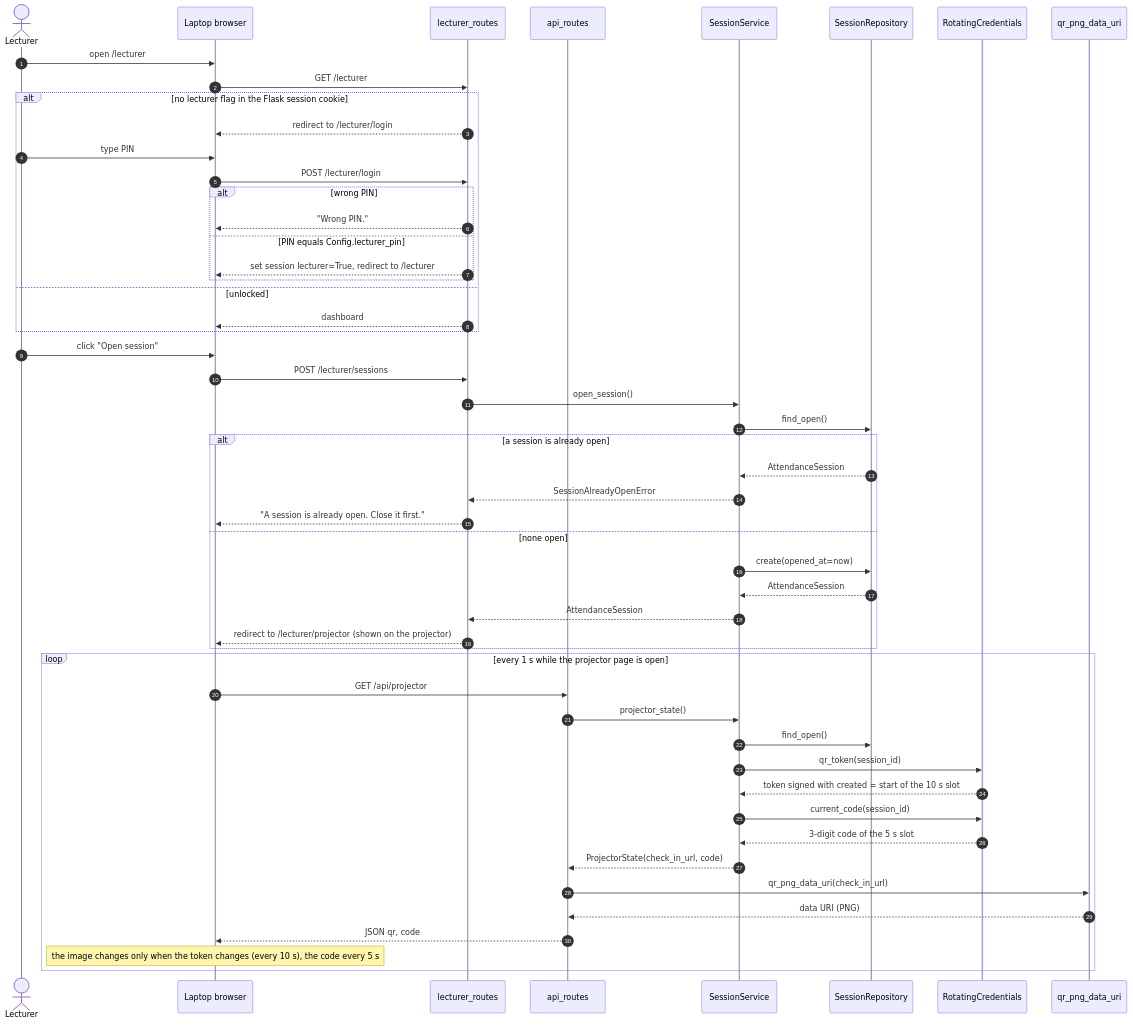
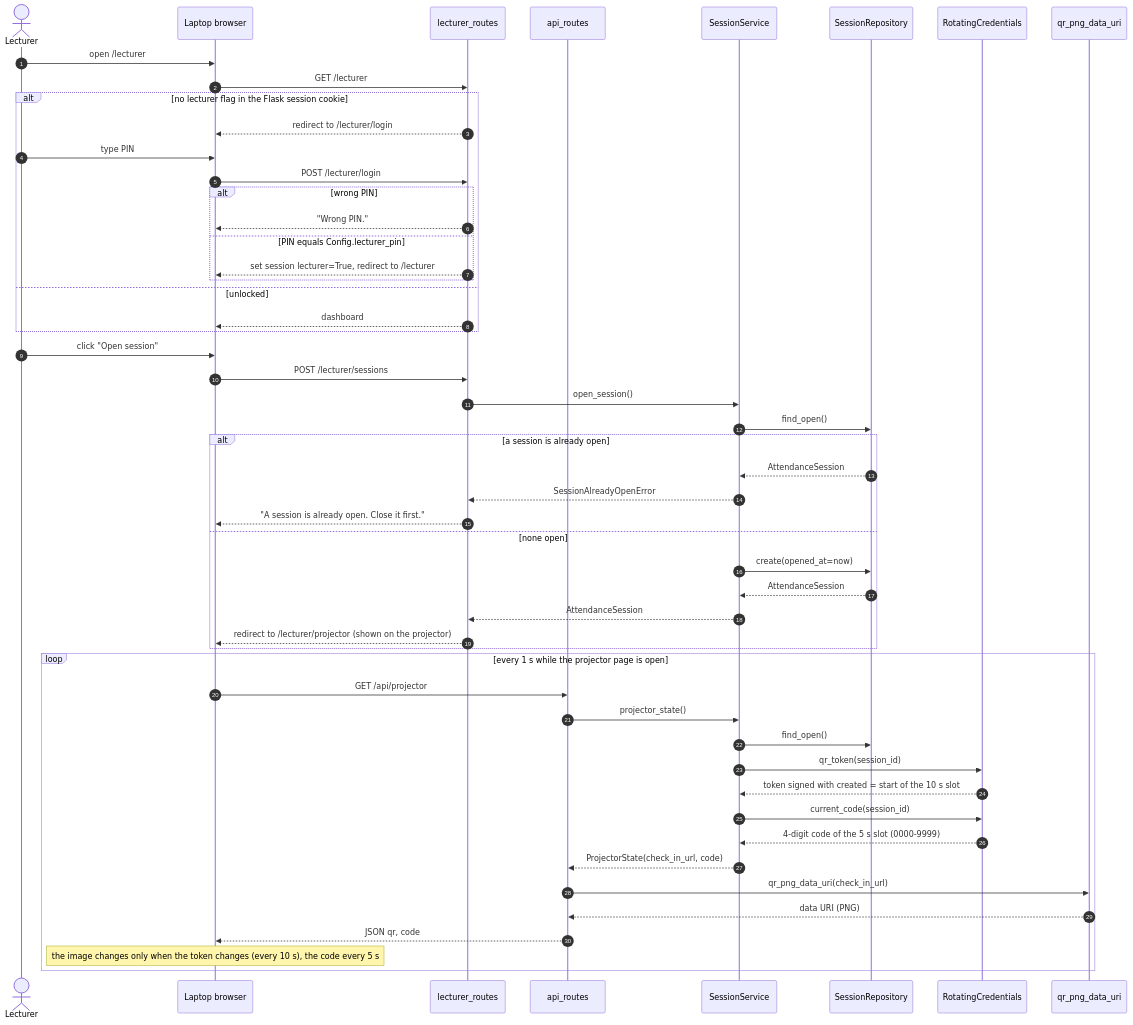
Before and after one commit to ronsarfati/EX2-Teaching-Tool: the ninth of 18 diagrams in docs/design.md, drawn with Mermaid. The commit also changed other lines of this file and 2 other files, not shown here.

Commit message:
docs: add D33 (remove the IP filter, 4-digit code) and update design and SRS

````diff
--- a/docs/design.md
+++ b/docs/design.md
@@ -966,54 +844,54 @@
 ```mermaid
 sequenceDiagram
   autonumber
   actor L as Lecturer
   participant B as Laptop browser
   participant LR as lecturer_routes
   participant AR as api_routes
   participant SS as SessionService
   participant SRe as SessionRepository
   participant RC as RotatingCredentials
   participant QR as qr_png_data_uri
   L->>B: open /lecturer
   B->>LR: GET /lecturer
   alt no lecturer flag in the Flask session cookie
     LR-->>B: redirect to /lecturer/login
     L->>B: type PIN
     B->>LR: POST /lecturer/login
     alt wrong PIN
       LR-->>B: "Wrong PIN."
     else PIN equals Config.lecturer_pin
       LR-->>B: set session lecturer=True, redirect to /lecturer
     end
   else unlocked
     LR-->>B: dashboard
   end
   L->>B: click "Open session"
   B->>LR: POST /lecturer/sessions
   LR->>SS: open_session()
   SS->>SRe: find_open()
   alt a session is already open
     SRe-->>SS: AttendanceSession
     SS-->>LR: SessionAlreadyOpenError
     LR-->>B: "A session is already open. Close it first."
   else none open
     SS->>SRe: create(opened_at=now)
     SRe-->>SS: AttendanceSession
     SS-->>LR: AttendanceSession
     LR-->>B: redirect to /lecturer/projector (shown on the projector)
   end
   loop every 1 s while the projector page is open
     B->>AR: GET /api/projector
     AR->>SS: projector_state()
     SS->>SRe: find_open()
     SS->>RC: qr_token(session_id)
     RC-->>SS: token signed with created = start of the 10 s slot
     SS->>RC: current_code(session_id)
-    RC-->>SS: 3-digit code of the 5 s slot
+    RC-->>SS: 4-digit code of the 5 s slot (0000-9999)
     SS-->>AR: ProjectorState(check_in_url, code)
     AR->>QR: qr_png_data_uri(check_in_url)
     QR-->>AR: data URI (PNG)
     AR-->>B: JSON qr, code
     Note over B: the image changes only when the token changes (every 10 s), the code every 5 s
   end
 ```
````
